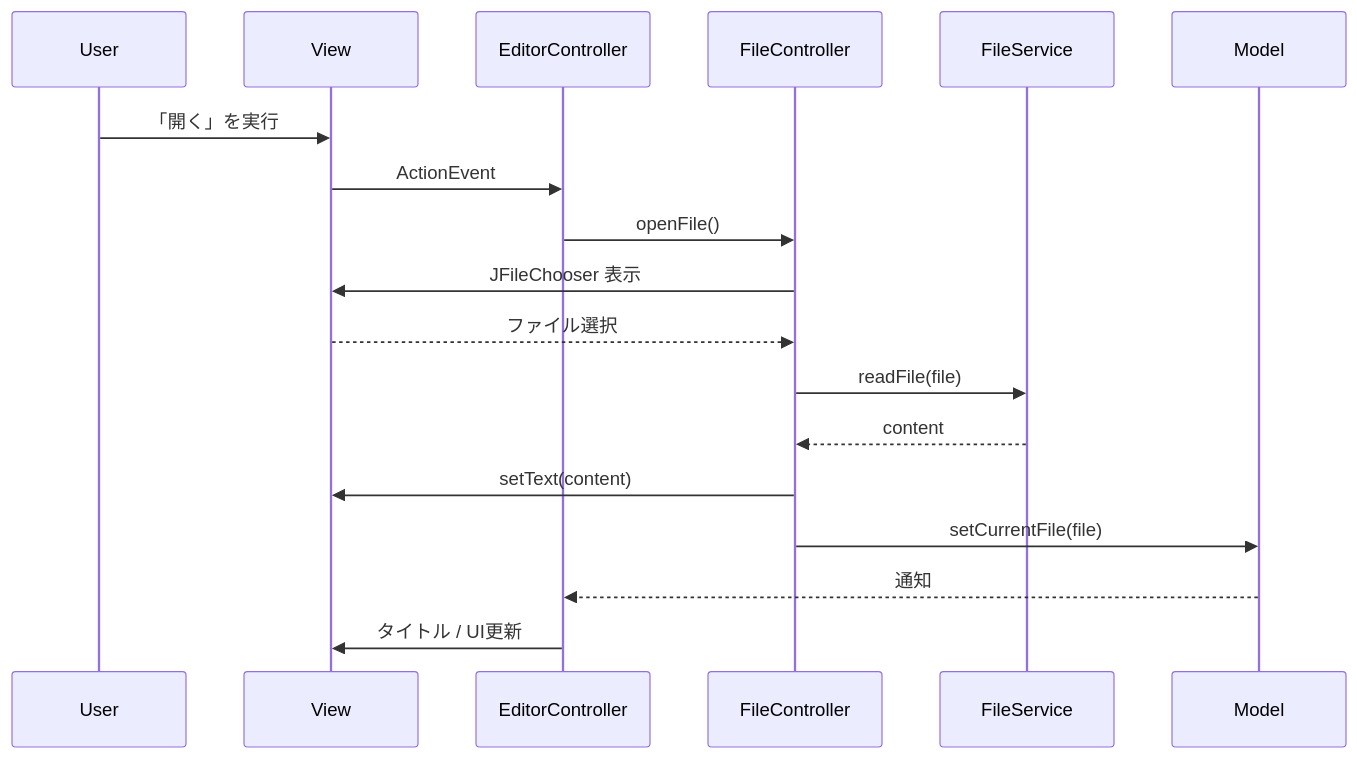
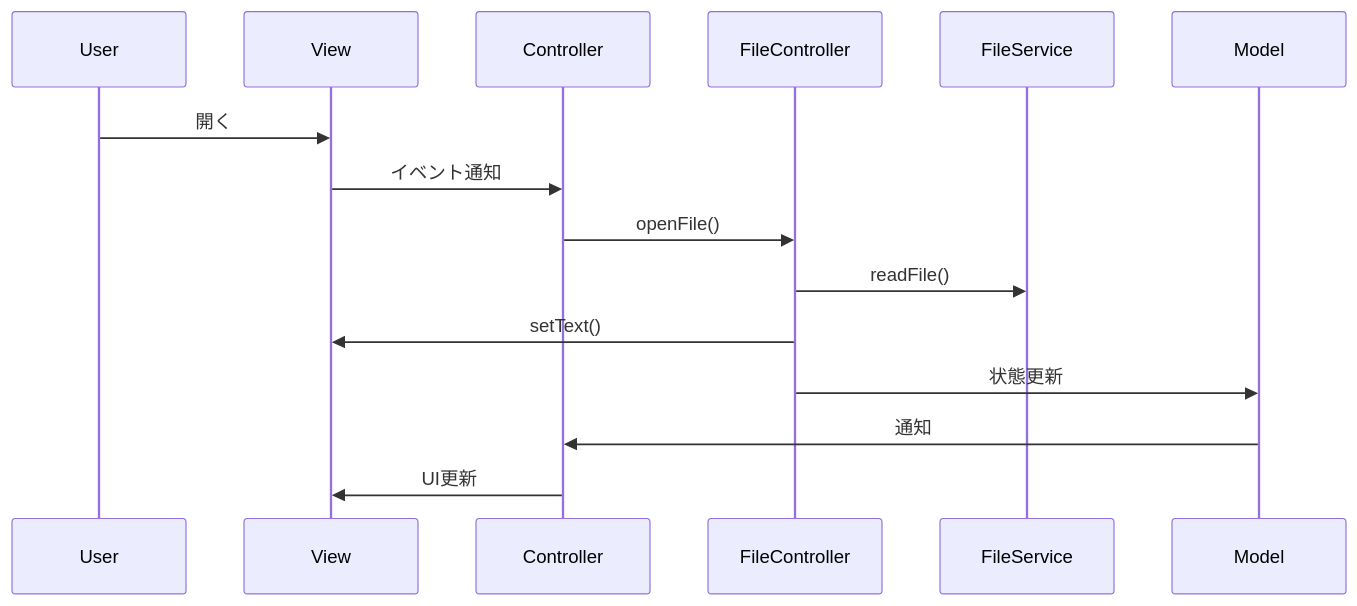
One commit to mkunori/TextEditor1Go changed the fourth of 5 diagrams in README.md. Above: the diagram before and after it, drawn with Mermaid. The commit also changed other lines of this file, not shown here.

````diff
--- a/README.md
+++ b/README.md
@@ -276,21 +124,18 @@
 ```mermaid
 sequenceDiagram
     participant User
     participant View
-    participant EditorController
+    participant Controller
     participant FileController
     participant FileService
     participant Model
 
-    User->>View: 「開く」を実行
-    View->>EditorController: ActionEvent
-    EditorController->>FileController: openFile()
-    FileController->>View: JFileChooser 表示
-    View-->>FileController: ファイル選択
-    FileController->>FileService: readFile(file)
-    FileService-->>FileController: content
-    FileController->>View: setText(content)
-    FileController->>Model: setCurrentFile(file)
-    Model-->>EditorController: 通知
-    EditorController->>View: タイトル / UI更新
+    User->>View: 開く
+    View->>Controller: イベント通知
+    Controller->>FileController: openFile()
+    FileController->>FileService: readFile()
+    FileController->>View: setText()
+    FileController->>Model: 状態更新
+    Model->>Controller: 通知
+    Controller->>View: UI更新
 ```
````
